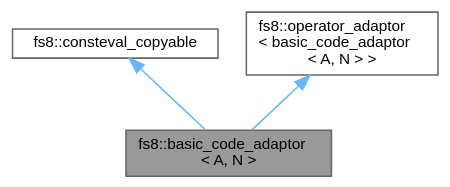
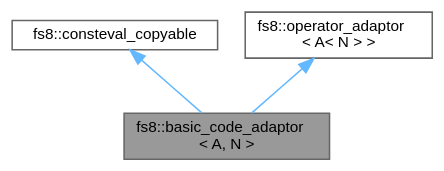
Before and after one commit to the-moisrex/foresight: the diagram in api/structfs8_1_1basic__code__adaptor__coll__graph.dot, drawn with Graphviz. The commit also changed 13 other files, not shown here.

```diff
--- a/api/structfs8_1_1basic__code__adaptor__coll__graph.dot
+++ b/api/structfs8_1_1basic__code__adaptor__coll__graph.dot
@@ -1,12 +1,12 @@
 digraph "fs8::basic_code_adaptor&lt; A, N &gt;"
 {
  // LATEX_PDF_SIZE
   bgcolor="transparent";
   edge [fontname=Helvetica,fontsize=10,labelfontname=Helvetica,labelfontsize=10];
   node [fontname=Helvetica,fontsize=10,shape=box,height=0.2,width=0.4];
   Node1 [id="Node000001",label="fs8::basic_code_adaptor\l\< A, N \>",height=0.2,width=0.4,color="gray40", fillcolor="grey60", style="filled", fontcolor="black",tooltip=" "];
   Node2 -> Node1 [id="edge1_Node000001_Node000002",dir="back",color="steelblue1",style="solid",tooltip=" "];
   Node2 [id="Node000002",label="fs8::consteval_copyable",height=0.2,width=0.4,color="gray40", fillcolor="white", style="filled",URL="$structfs8_1_1consteval__copyable.html",tooltip=" "];
   Node3 -> Node1 [id="edge2_Node000001_Node000003",dir="back",color="steelblue1",style="solid",tooltip=" "];
-  Node3 [id="Node000003",label="fs8::operator_adaptor\l\< basic_code_adaptor\l\< A, N \> \>",height=0.2,width=0.4,color="gray40", fillcolor="white", style="filled",URL="$structfs8_1_1operator__adaptor.html",tooltip=" "];
+  Node3 [id="Node000003",label="fs8::operator_adaptor\l\< A\< N \> \>",height=0.2,width=0.4,color="gray40", fillcolor="white", style="filled",URL="$structfs8_1_1operator__adaptor.html",tooltip=" "];
 }
```
